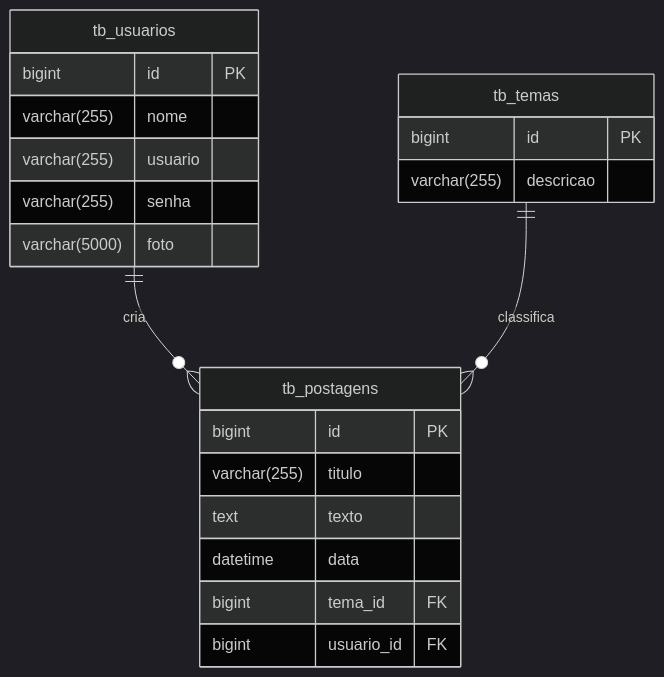
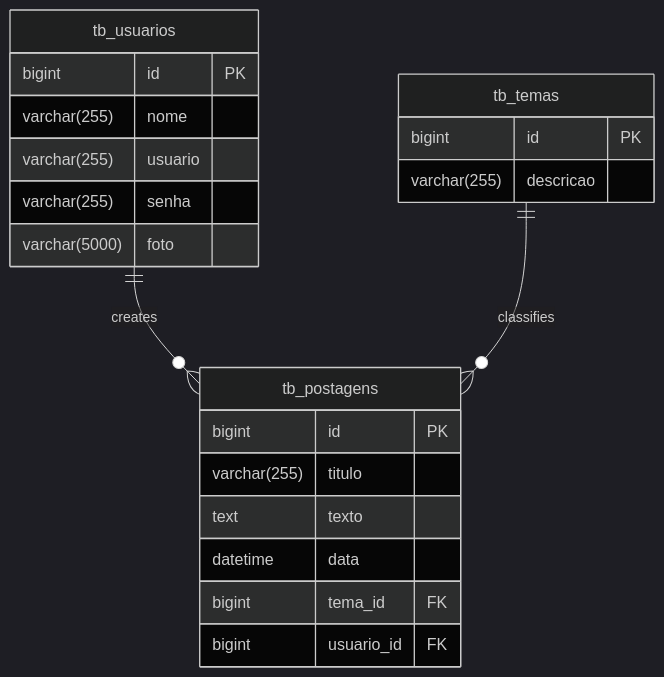
Before and after one commit to carlosmoronisud/Blogpessoal_spring: the second of 2 diagrams in README.md, drawn with Mermaid (dark theme). The commit also changed other lines of this file, not shown here.

````diff
--- a/README.md
+++ b/README.md
@@ -108,24 +108,24 @@
 ```mermaid
 erDiagram
-    tb_usuarios ||--o{ tb_postagens : cria
-    tb_temas ||--o{ tb_postagens : classifica
+    tb_usuarios ||--o{ tb_postagens : creates
+    tb_temas ||--o{ tb_postagens : classifies
     tb_usuarios {
         bigint id PK
         varchar(255) nome
         varchar(255) usuario
         varchar(255) senha
         varchar(5000) foto
     }
     tb_temas {
         bigint id PK
         varchar(255) descricao
     }
     tb_postagens {
         bigint id PK
         varchar(255) titulo
         text texto
         datetime data
         bigint tema_id FK
         bigint usuario_id FK
     }
 ```
````
